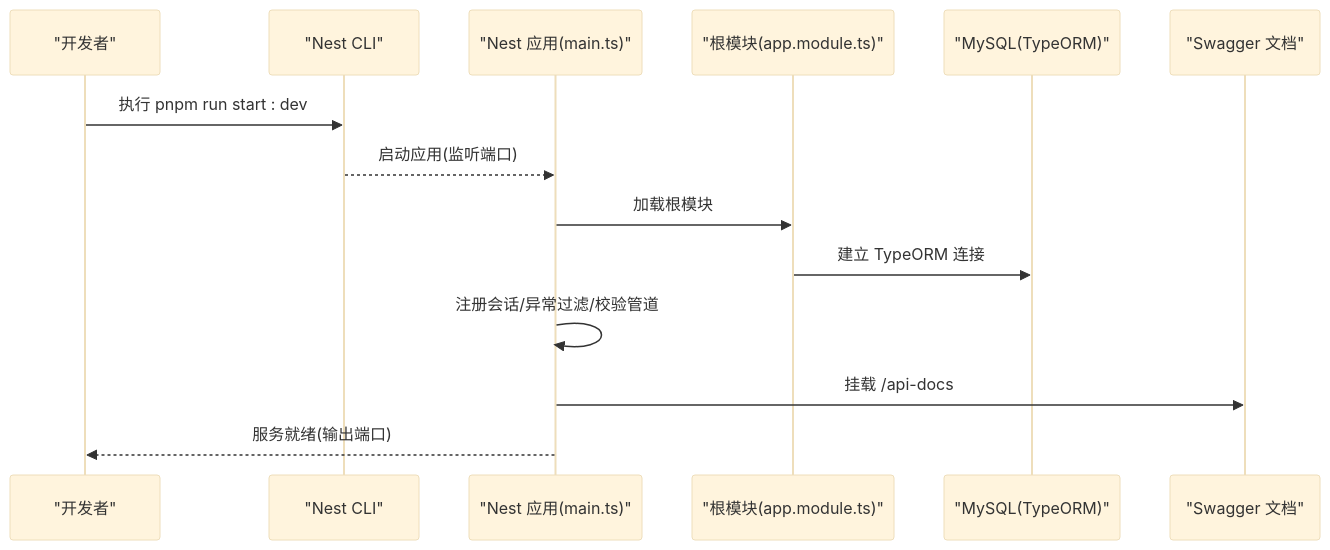
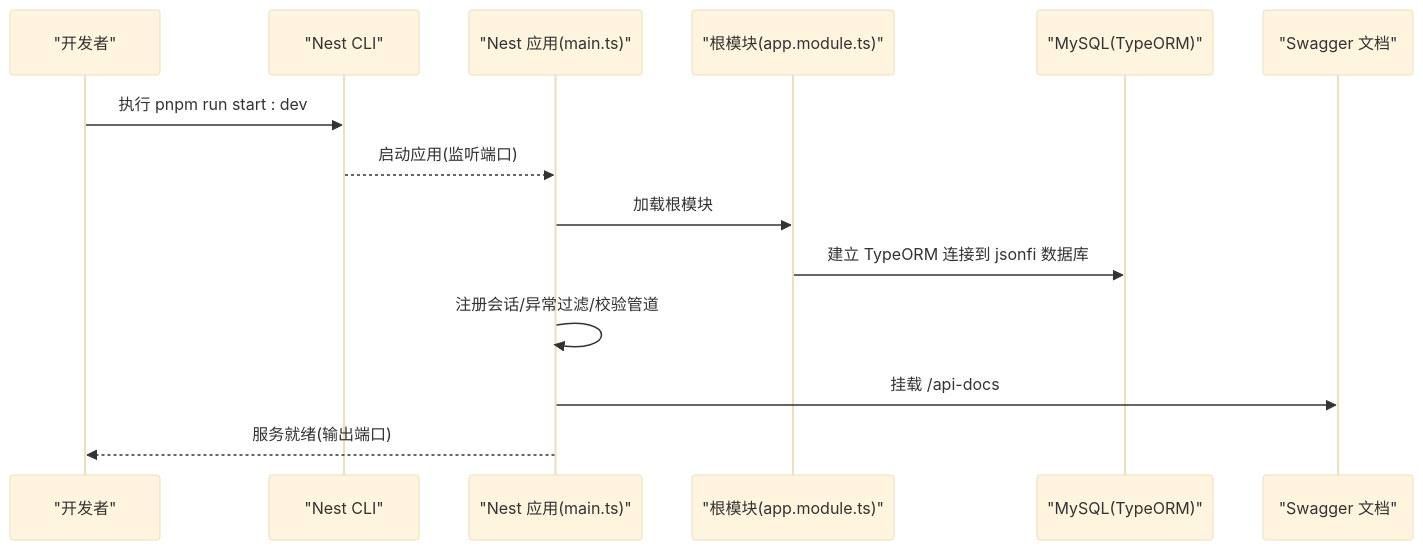
The second of 3 diagrams in .qoder/repowiki/zh/content/开发指南/环境配置.md (JsonFish/json-server), drawn with Mermaid (base theme) before and after one commit. The commit also changed other lines of this file and 52 other files, not shown here.

````diff
--- a/.qoder/repowiki/zh/content/开发指南/环境配置.md
+++ b/.qoder/repowiki/zh/content/开发指南/环境配置.md
@@ -84,16 +94,16 @@
 ```mermaid
 sequenceDiagram
 participant Dev as "开发者"
 participant CLI as "Nest CLI"
 participant App as "Nest 应用(main.ts)"
 participant Mod as "根模块(app.module.ts)"
 participant DB as "MySQL(TypeORM)"
 participant SWG as "Swagger 文档"
 Dev->>CLI : 执行 pnpm run start : dev
 CLI-->>App : 启动应用(监听端口)
 App->>Mod : 加载根模块
-Mod->>DB : 建立 TypeORM 连接
+Mod->>DB : 建立 TypeORM 连接到 jsonfi 数据库
 App->>App : 注册会话/异常过滤/校验管道
 App->>SWG : 挂载 /api-docs
 App-->>Dev : 服务就绪(输出端口)
 ```
````
